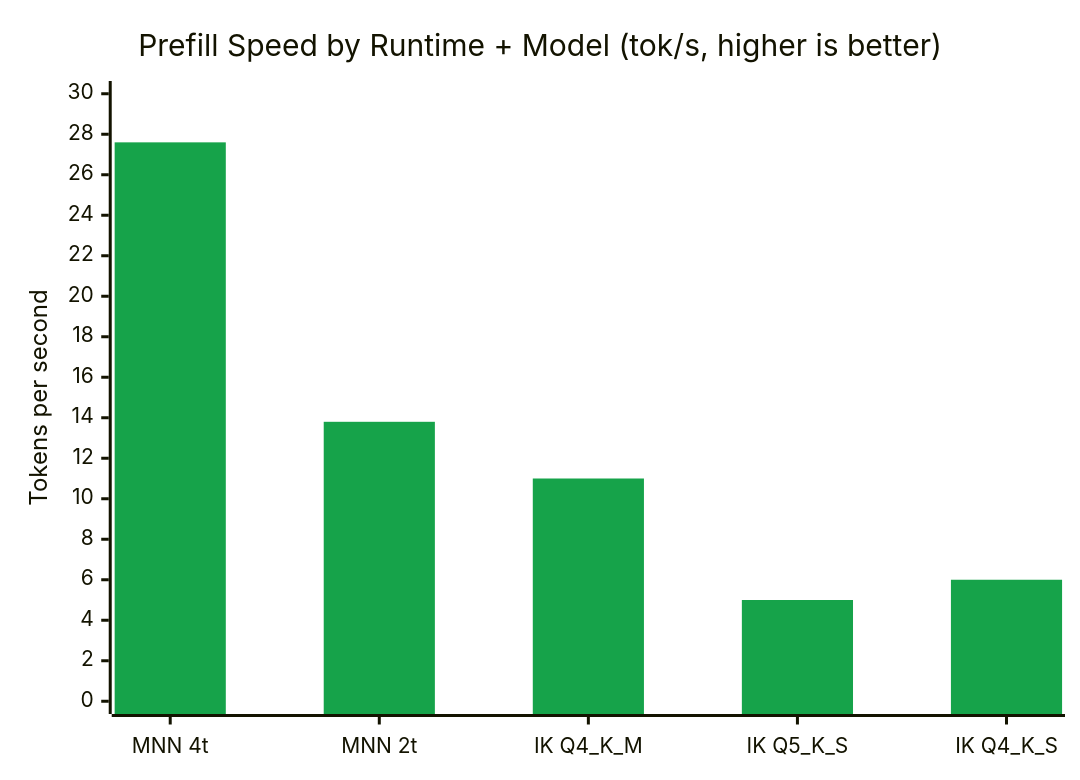
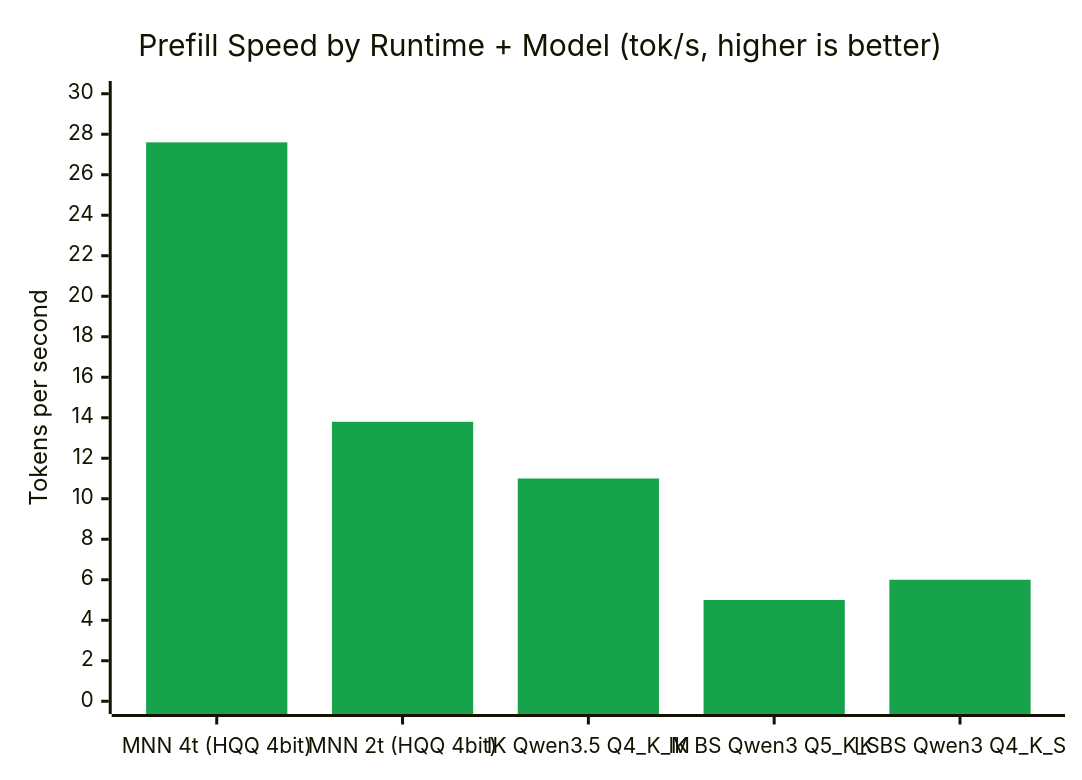
Before and after one commit to slomin/potato-os: the third of 5 diagrams in benchmarks/mnn_spike_results.md, drawn with Mermaid. The commit also changed other lines of this file, not shown here.

First line of the commit message:
spike(mnn): update charts with model names, add caveats, fix Snapdragon numbers (#24)

````diff
--- a/benchmarks/mnn_spike_results.md
+++ b/benchmarks/mnn_spike_results.md
@@ -85,13 +87,13 @@
 ```mermaid
 ---
 config:
     themeVariables:
         xyChart:
             plotColorPalette: "#16a34a"
 ---
 xychart-beta
     title "Prefill Speed by Runtime + Model (tok/s, higher is better)"
-    x-axis ["MNN 4t", "MNN 2t", "IK Q4_K_M", "IK Q5_K_S", "IK Q4_K_S"]
+    x-axis ["MNN 4t (HQQ 4bit)", "MNN 2t (HQQ 4bit)", "IK Qwen3.5 Q4_K_M", "IK BS Qwen3 Q5_K_S", "IK BS Qwen3 Q4_K_S"]
     y-axis "Tokens per second" 0 --> 30
     bar [27.6, 13.8, 11.0, 5.0, 6.0]
 ```
````
